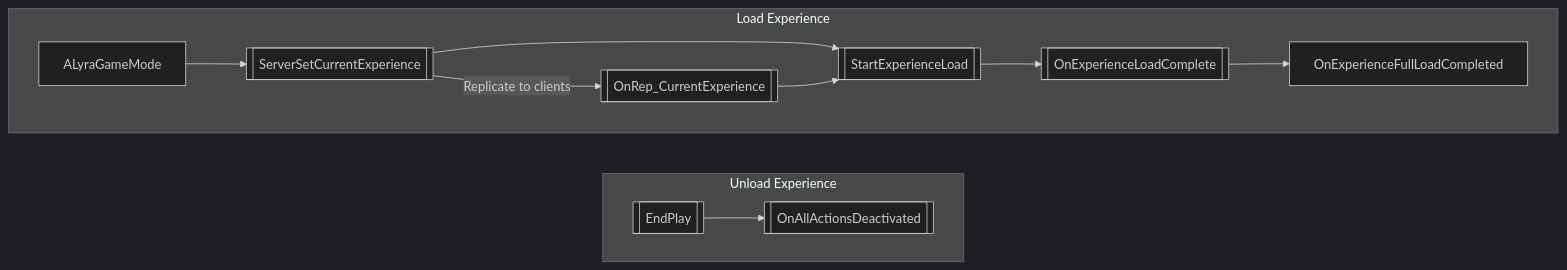
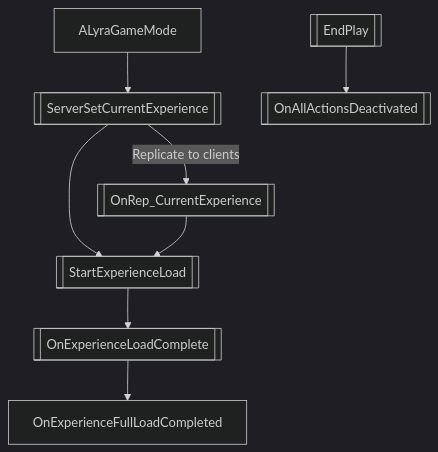
One commit to the-unrealist/the-unrealist changed the second of 3 diagrams in _drafts/lyra-part-3.md. Above: the diagram before and after it, drawn with Mermaid (dark theme). The commit also changed other lines of this file, not shown here.

````diff
--- a/_drafts/lyra-part-3.md
+++ b/_drafts/lyra-part-3.md
@@ -23,16 +23,11 @@
 ```mermaid
 flowchart TD
-  subgraph Unload[Unload Experience]
-  EndPlay[[EndPlay]] --> OnAllActionsDeactivated
-  OnAllActionsDeactivated[[OnAllActionsDeactivated]]
-  end
-  subgraph Load[Load Experience]
   ALyraGameMode[ALyraGameMode] --> ServerSetCurrentExperience
   ServerSetCurrentExperience[[ServerSetCurrentExperience]] -- Replicate to clients --> OnRep_CurrentExperience
   ServerSetCurrentExperience --> StartExperienceLoad
   OnRep_CurrentExperience[[OnRep_CurrentExperience]] --> StartExperienceLoad
   StartExperienceLoad[[StartExperienceLoad]] --> OnExperienceLoadComplete
   OnExperienceLoadComplete[[OnExperienceLoadComplete]] --> OnExperienceFullLoadCompleted
-  end
-  Load ~~~ Unload
+  EndPlay[[EndPlay]] --> OnAllActionsDeactivated
+  OnAllActionsDeactivated[[OnAllActionsDeactivated]]
 ```
````
